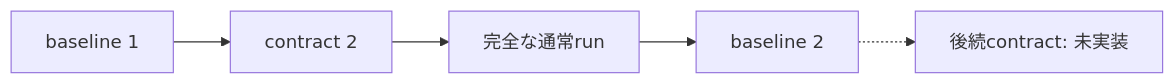
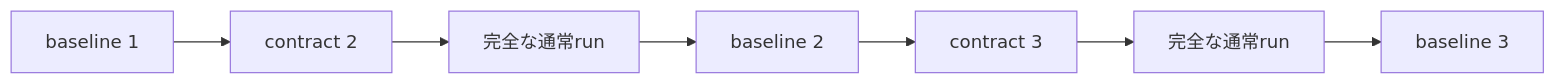
The diagram in docs/baseline-refresh-detail-spec.md (RNA4219/guardrail-assurance-harness), drawn with Mermaid before and after one commit. The commit also changed other lines of this file and 357 other files, not shown here.

````diff
--- a/docs/baseline-refresh-detail-spec.md
+++ b/docs/baseline-refresh-detail-spec.md
@@ -41,7 +41,9 @@
 ```mermaid
 flowchart LR
   B1[baseline 1] --> C2[contract 2]
   C2 --> R2[完全な通常run]
   R2 --> B2[baseline 2]
-  B2 -.-> C3[後続contract: 未実装]
+  B2 --> C3[contract 3]
+  C3 --> R3[完全な通常run]
+  R3 --> B3[baseline 3]
 ```
````
